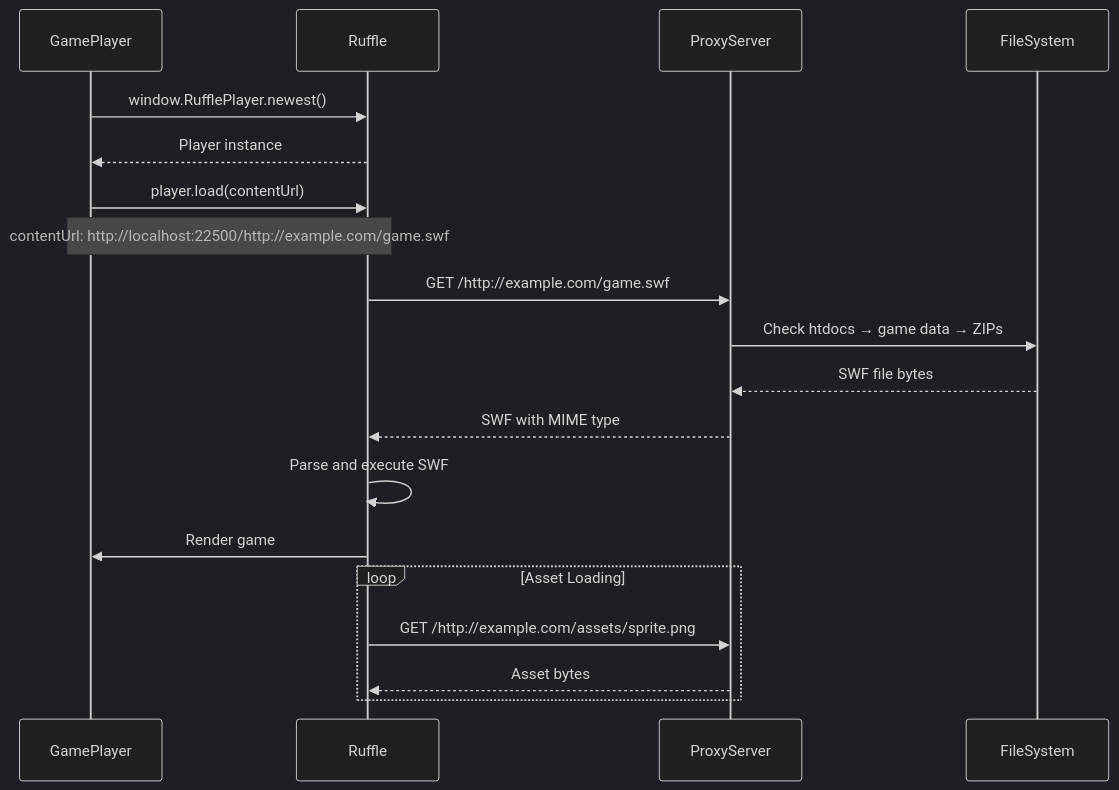
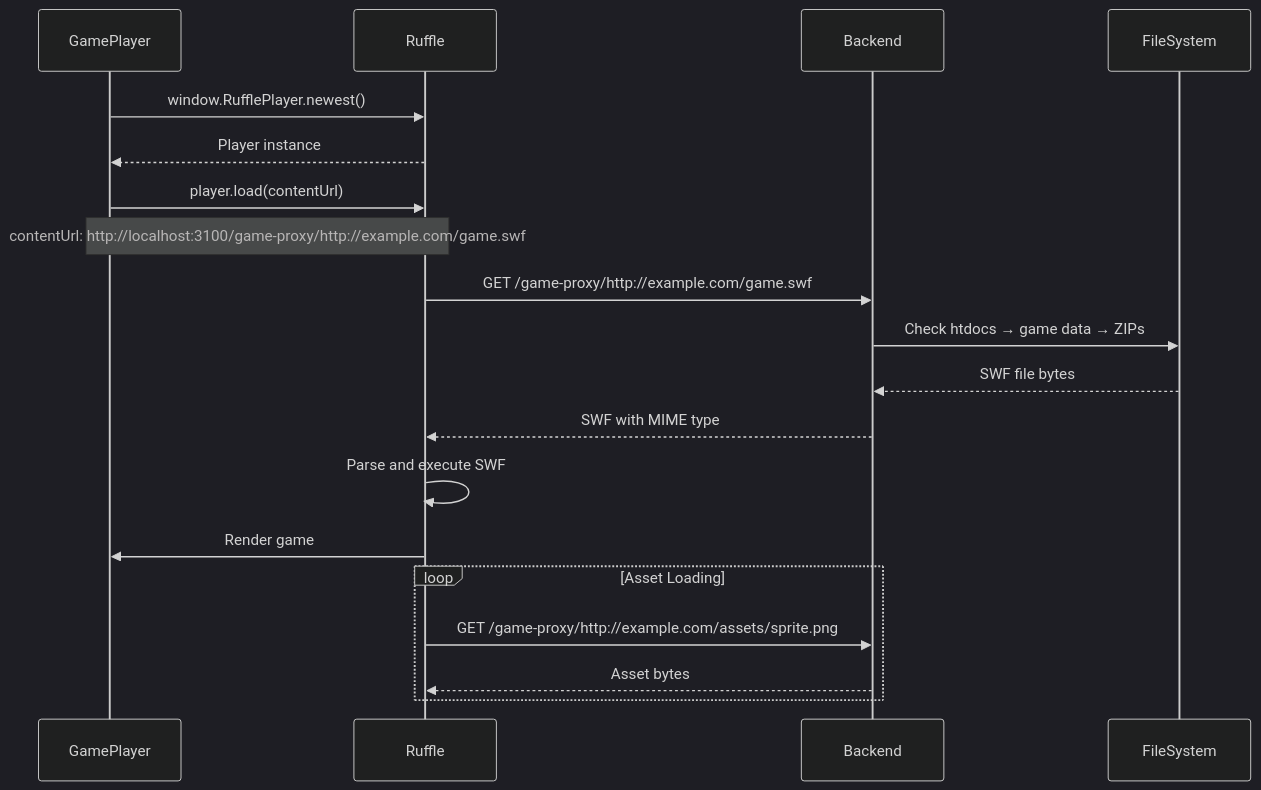
One commit to darkraise/flashpoint-web changed the fourth of 6 diagrams in docs/02-architecture/game-launch-flow.md. Above: the diagram before and after it, drawn with Mermaid (dark theme). The commit also changed other lines of this file and 252 other files, not shown here.

````diff
--- a/docs/02-architecture/game-launch-flow.md
+++ b/docs/02-architecture/game-launch-flow.md
@@ -224,26 +303,26 @@
 ```mermaid
 sequenceDiagram
     participant GamePlayer
     participant Ruffle
-    participant ProxyServer
+    participant Backend
     participant FileSystem
 
     GamePlayer->>Ruffle: window.RufflePlayer.newest()
     Ruffle-->>GamePlayer: Player instance
 
     GamePlayer->>Ruffle: player.load(contentUrl)
-    Note over GamePlayer,Ruffle: contentUrl: http://localhost:22500/http://example.com/game.swf
+    Note over GamePlayer,Ruffle: contentUrl: http://localhost:3100/game-proxy/http://example.com/game.swf
 
-    Ruffle->>ProxyServer: GET /http://example.com/game.swf
-    ProxyServer->>FileSystem: Check htdocs → game data → ZIPs
-    FileSystem-->>ProxyServer: SWF file bytes
+    Ruffle->>Backend: GET /game-proxy/http://example.com/game.swf
+    Backend->>FileSystem: Check htdocs → game data → ZIPs
+    FileSystem-->>Backend: SWF file bytes
 
-    ProxyServer-->>Ruffle: SWF with MIME type
+    Backend-->>Ruffle: SWF with MIME type
     Ruffle->>Ruffle: Parse and execute SWF
     Ruffle->>GamePlayer: Render game
 
     loop Asset Loading
-        Ruffle->>ProxyServer: GET /http://example.com/assets/sprite.png
-        ProxyServer-->>Ruffle: Asset bytes
+        Ruffle->>Backend: GET /game-proxy/http://example.com/assets/sprite.png
+        Backend-->>Ruffle: Asset bytes
     end
 ```
````
